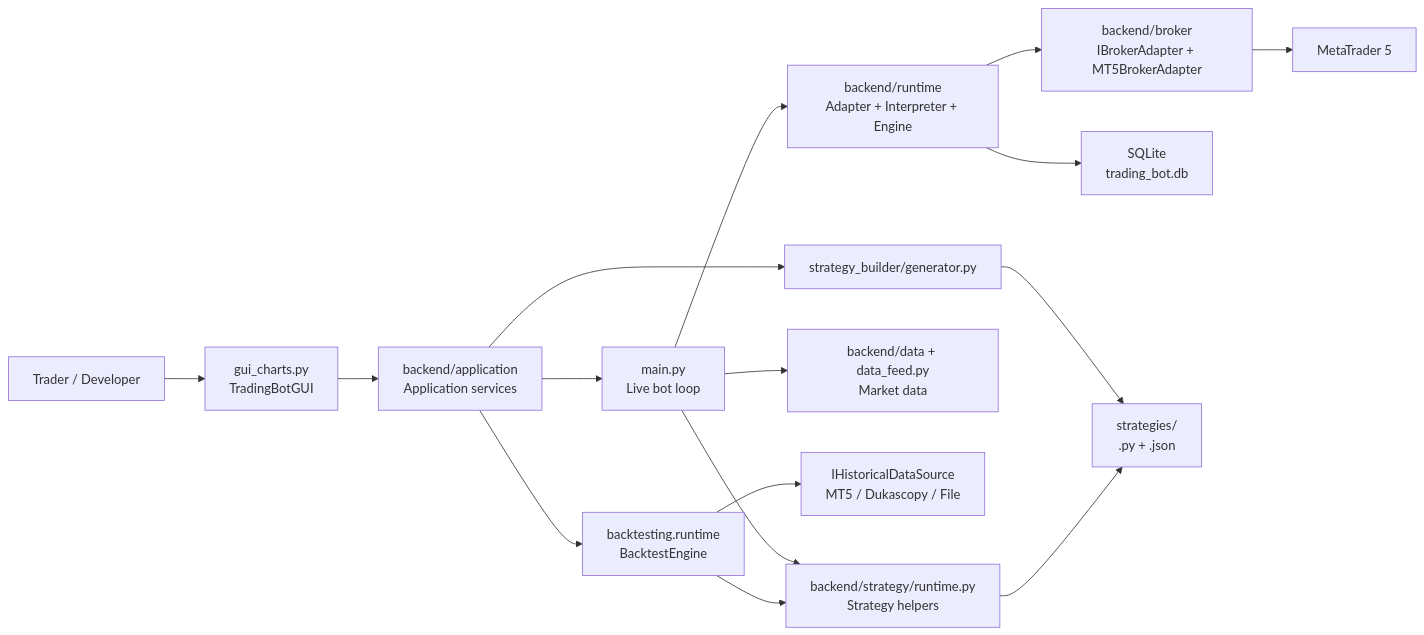
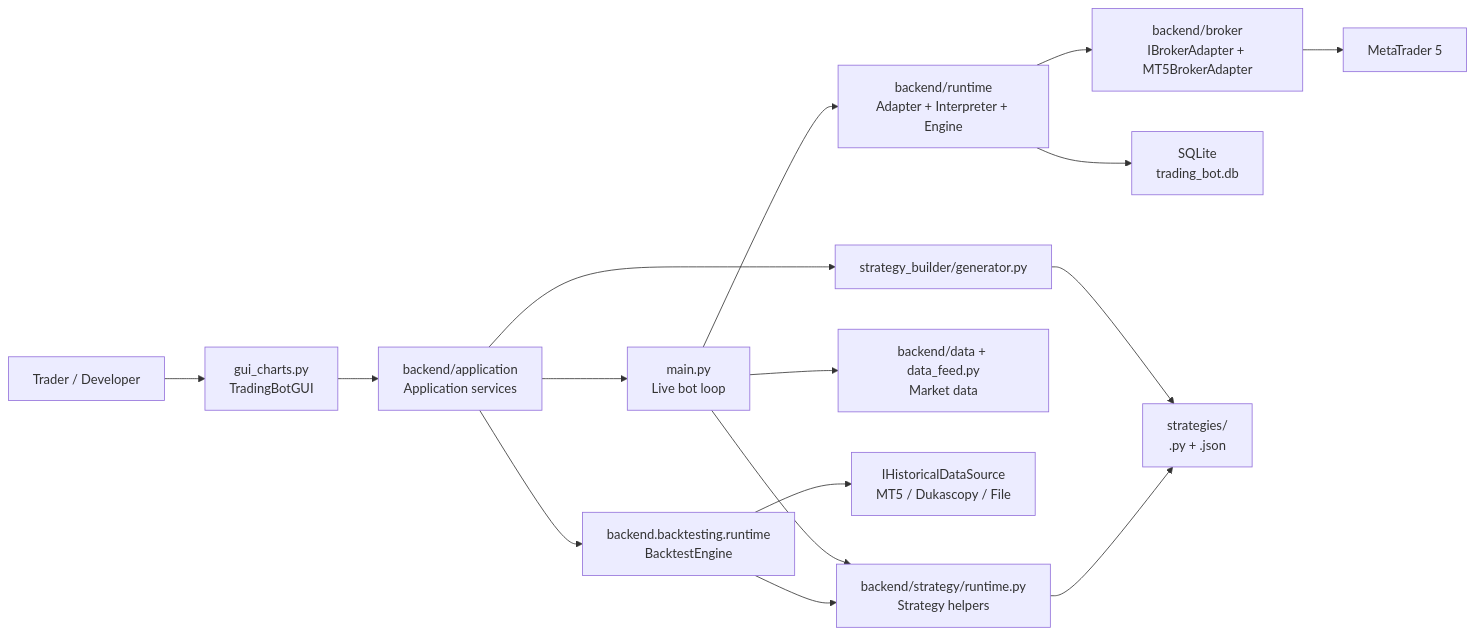
One commit to aloantony/strategy-forge changed the first of 2 diagrams in docs/DocsTradingSystemObsidian/00-system-map.md. Above: the diagram before and after it, drawn with Mermaid. The commit also changed other lines of this file and 10 other files, not shown here.

First line of the commit message:
docs: arreglar el diagrama roto y las referencias de modulo obsoletas

````diff
--- a/docs/DocsTradingSystemObsidian/00-system-map.md
+++ b/docs/DocsTradingSystemObsidian/00-system-map.md
@@ -25,18 +25,18 @@
 ```mermaid
 flowchart LR
   Trader["Trader / Developer"] --> GUI["gui_charts.py\nTradingBotGUI"]
   GUI --> Services["backend/application\nApplication services"]
   Services --> Live["main.py\nLive bot loop"]
-  Services --> BT["backtesting.runtime\nBacktestEngine"]
+  Services --> BT["backend.backtesting.runtime\nBacktestEngine"]
   Live --> SR["backend/strategy/runtime.py\nStrategy helpers"]
   BT --> SR
   Live --> RuntimeV1["backend/runtime\nAdapter + Interpreter + Engine"]
   RuntimeV1 --> Broker["backend/broker\nIBrokerAdapter + MT5BrokerAdapter"]
   Broker --> MT5["MetaTrader 5"]
   Live --> Data["backend/data + data_feed.py\nMarket data"]
   BT --> Hist["IHistoricalDataSource\nMT5 / Dukascopy / File"]
   RuntimeV1 --> DB["SQLite\ntrading_bot.db"]
   Services --> Builder["strategy_builder/generator.py"]
   Builder --> Strategies["strategies/\n.py + .json"]
   SR --> Strategies
 ```
````
